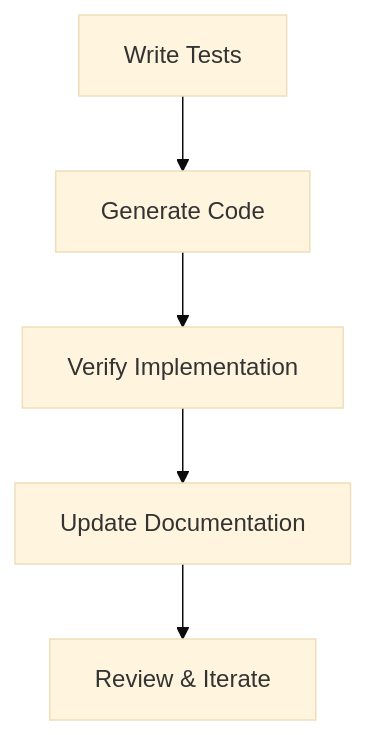
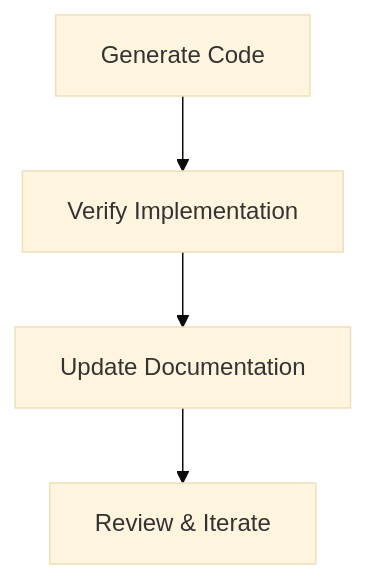
Before and after one commit to korykilpatrick/HelpHut: the second of 4 diagrams in docs/development/master_workflow.md, drawn with Mermaid (base theme). The commit also changed other lines of this file and 112 other files, not shown here.

````diff
--- a/docs/development/master_workflow.md
+++ b/docs/development/master_workflow.md
@@ -17,7 +17,6 @@
 ```mermaid
 graph TD
-    A[Write Tests] --> B[Generate Code]
-    B --> C[Verify Implementation]
-    C --> D[Update Documentation]
-    D --> E[Review & Iterate]
+    A[Generate Code] --> B[Verify Implementation]
+    B --> C[Update Documentation]
+    C --> D[Review & Iterate]
 ```
````
